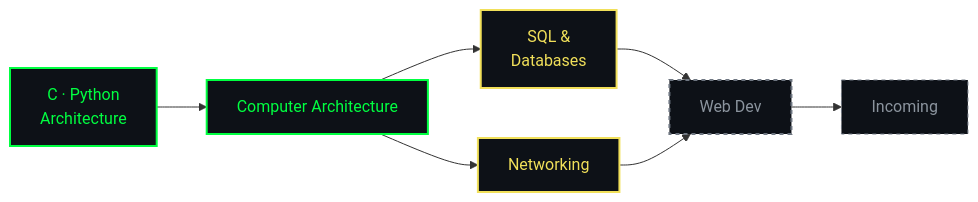
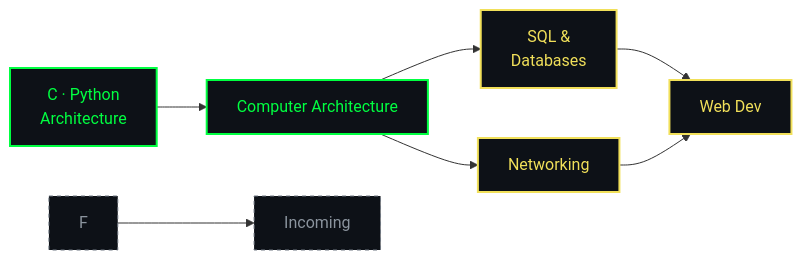
The diagram in README.md (Y0kina/Y0kina), drawn with Mermaid before and after one commit.

````diff
--- a/README.md
+++ b/README.md
@@ -106,17 +106,17 @@
 ```mermaid
 flowchart LR
   A["C · Python<br/>Architecture"] --> B["Computer Architecture"]
   B --> C["SQL &<br/>Databases"]
   B --> D[" Networking"]
   C --> E["Linux"]
   D --> E["Web Dev"]
-  E --> F["Incoming"]
+  F --> G["Incoming"]
 
   classDef done fill:#0D1117,stroke:#00FF41,color:#00FF41,stroke-width:2px;
   classDef wip fill:#0D1117,stroke:#F1E05A,color:#F1E05A,stroke-width:2px;
   classDef next fill:#0D1117,stroke:#6E7681,color:#8B949E,stroke-dasharray:4 4;
   class A,B done;
   class C,D wip;
   class D,E wip;
-  class E,F next;
+  class F,G next;
 ```
````
